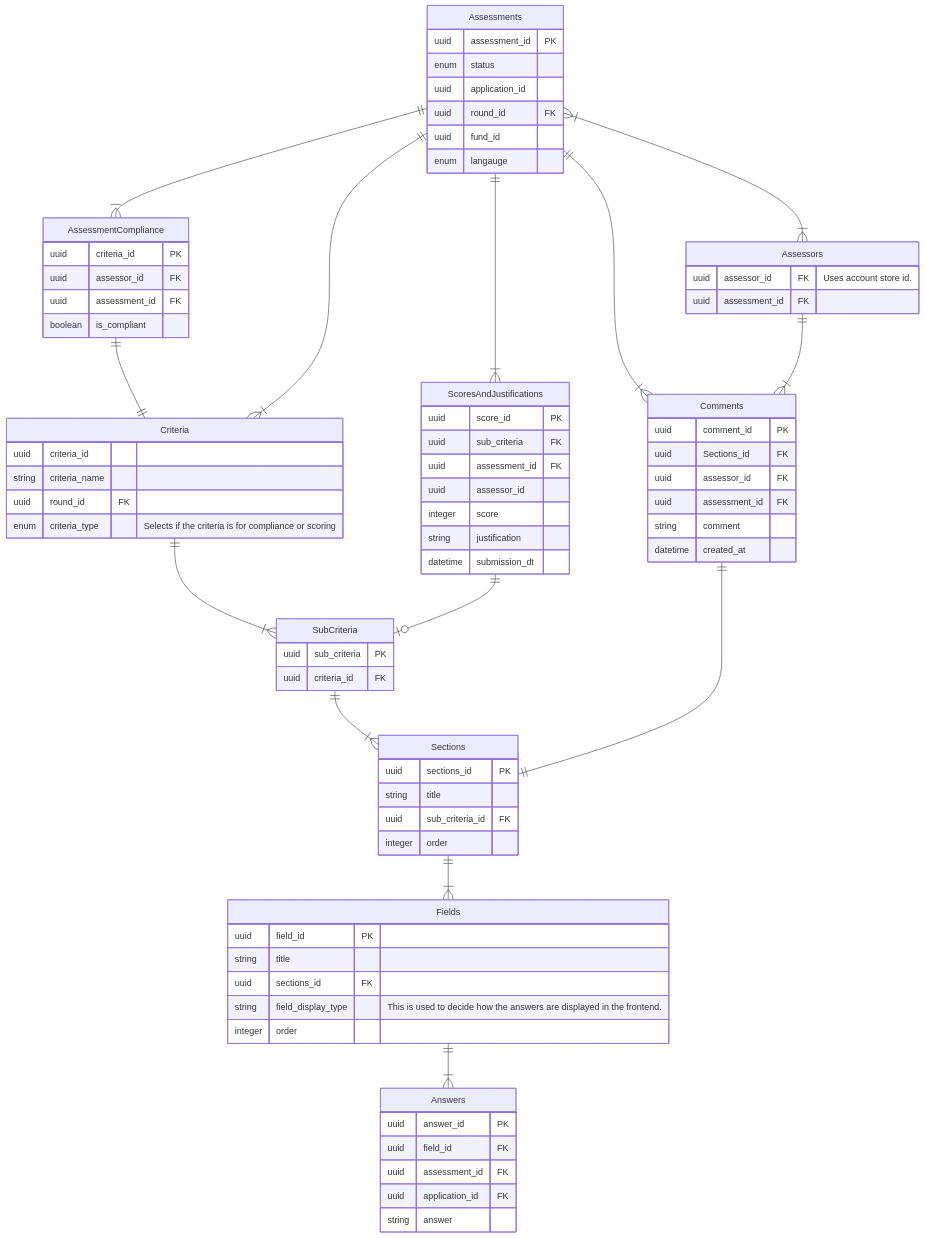
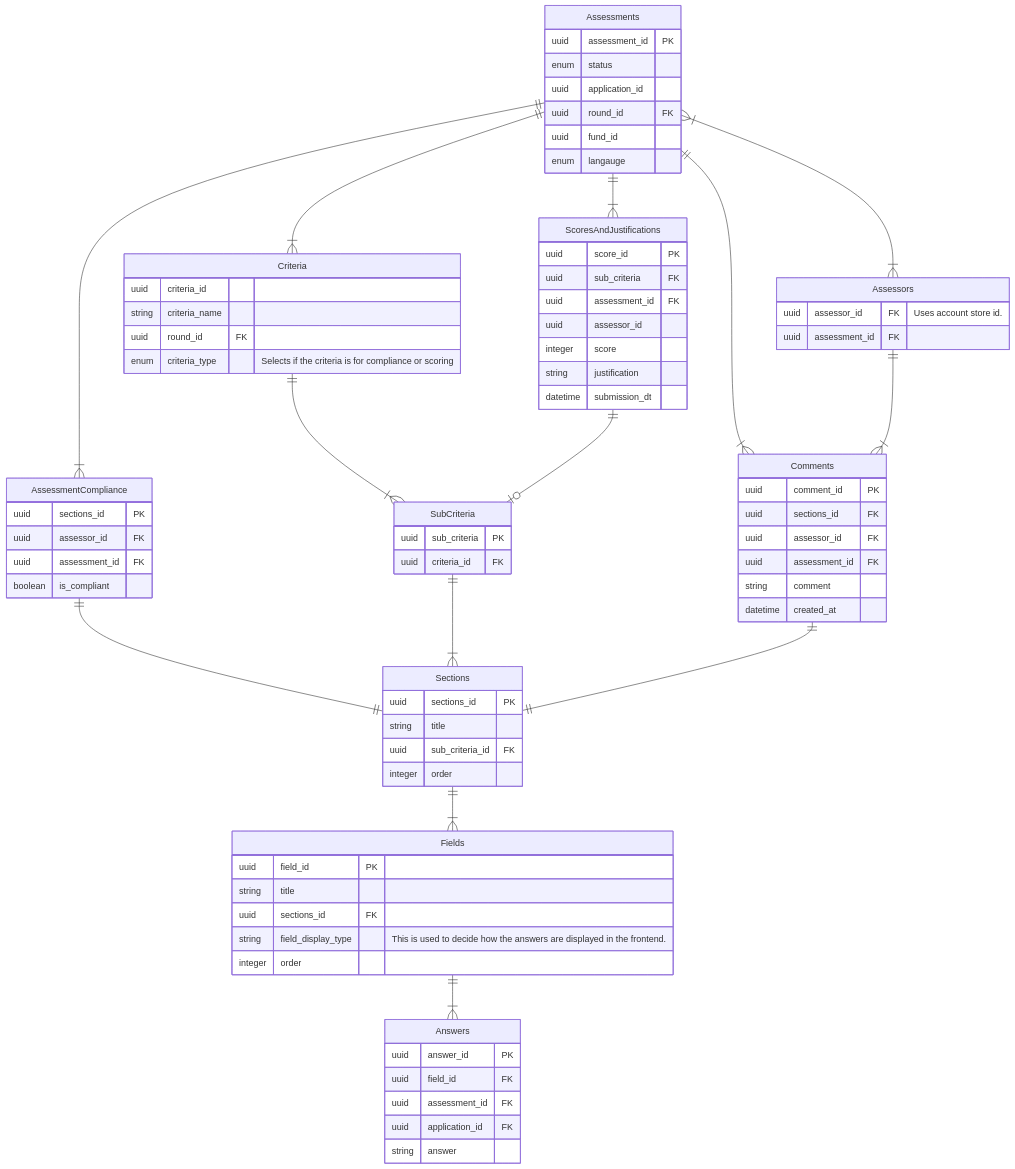
Before and after one commit to communitiesuk/funding-service-design-assessment-store: the diagram in diagrams/db_diagram.md, drawn with Mermaid.

````diff
--- a/diagrams/db_diagram.md
+++ b/diagrams/db_diagram.md
@@ -1,82 +1,82 @@
 ```mermaid
 erDiagram
 	SubCriteria {
 		uuid sub_criteria PK
 		uuid criteria_id FK
 	}
 	Criteria {
 		uuid criteria_id
 		string criteria_name
 		uuid round_id FK
 		enum criteria_type  "Selects if the criteria is for compliance or scoring"
 	}
 	Assessors {
 		uuid assessor_id FK "Uses account store id."
 		uuid assessment_id FK
 	}
 	Assessments {
 		uuid assessment_id PK
 		enum status
 		uuid application_id
 		uuid round_id FK
 		uuid fund_id
 		enum langauge 
 	}
 	Sections {
 		uuid sections_id PK
 		string title
 		uuid sub_criteria_id FK		
 		integer order
 	}
 	Fields {
 		uuid field_id PK
 		string title
 		uuid sections_id FK
 		string field_display_type "This is used to decide how the answers are displayed in the frontend."
 		integer order
 	}
 	Answers {
 		uuid answer_id PK
 		uuid field_id FK
 		uuid assessment_id FK
 		uuid application_id FK
 		string answer
 	}
 	ScoresAndJustifications {
 		uuid score_id PK
 		uuid sub_criteria FK
 		uuid assessment_id FK
 		uuid assessor_id
 		integer score
 		string justification
 		datetime submission_dt
 	}
 	AssessmentCompliance {
-		uuid criteria_id PK
+		uuid sections_id PK
 		uuid assessor_id FK
 		uuid assessment_id FK
 		boolean is_compliant
 	}
 	Comments {
 		uuid comment_id PK
-		uuid Sections_id FK
+		uuid sections_id FK
 		uuid assessor_id FK
 		uuid assessment_id FK
 		string comment
 		datetime created_at
 	}
 
 	Criteria ||--|{ SubCriteria : ""
-	AssessmentCompliance ||--|| Criteria : ""
+	AssessmentCompliance ||--|| Sections : ""
 	SubCriteria ||--|{ Sections : ""
 	Sections ||--|{ Fields : ""
 	Fields ||--|{ Answers : ""
 	Assessments ||--|{ ScoresAndJustifications : ""
 	ScoresAndJustifications ||--o| SubCriteria : ""
 	Assessments }|--|{ Assessors : ""
 	Assessments ||--|{ Criteria : ""
 	Assessments ||--|{ Comments : ""
 	Assessments ||--|{ AssessmentCompliance : ""
 	Assessors ||--|{ Comments : ""
 	Comments ||--|| Sections : ""
 ```
````
